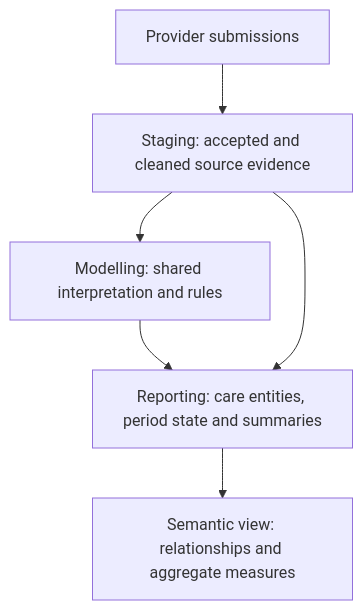
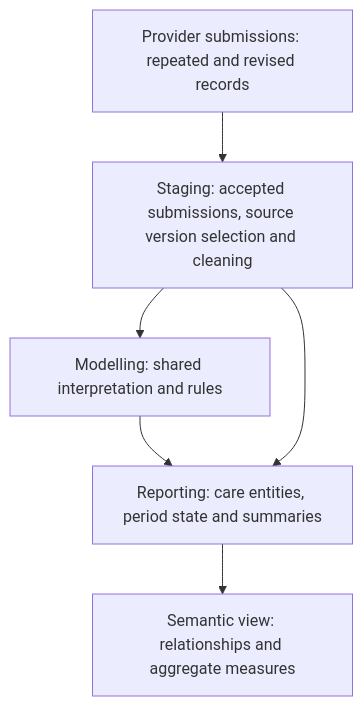
One commit to wnl-icb-analytics/dbt-analytics changed the diagram in docs/mhsds-domain-overview.md. Above: the diagram before and after it, drawn with Mermaid. The commit also changed other lines of this file, not shown here.

Commit message:
docs(mhsds): explain source selection and simpler querying

````diff
--- a/docs/mhsds-domain-overview.md
+++ b/docs/mhsds-domain-overview.md
@@ -13,8 +40,8 @@
 ```mermaid
 flowchart TD
-    S["Provider submissions"] --> T["Staging: accepted and cleaned source evidence"]
+    S["Provider submissions: repeated and revised records"] --> T["Staging: accepted submissions, source version selection and cleaning"]
     T --> M["Modelling: shared interpretation and rules"]
     M --> R["Reporting: care entities, period state and summaries"]
     T --> R
     R --> V["Semantic view: relationships and aggregate measures"]
 ```
````
